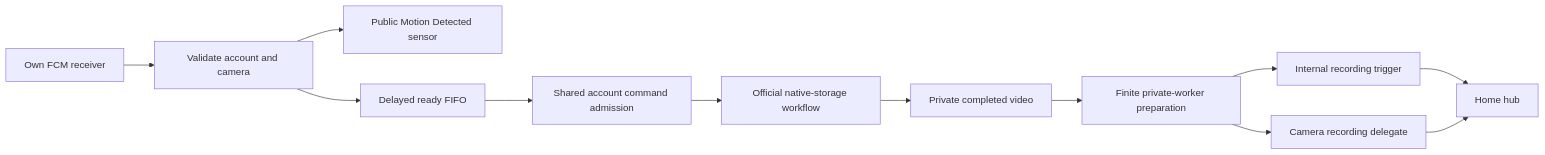
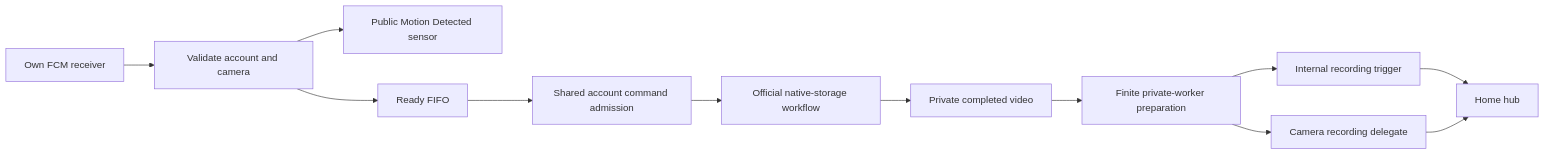
Before and after one commit to sealad886/homebridge-blink-cameras-new-api: the diagram in docs/adr/007-event-driven-native-recording.md, drawn with Mermaid. The commit also changed other lines of this file and 21 other files, not shown here.

````diff
--- a/docs/adr/007-event-driven-native-recording.md
+++ b/docs/adr/007-event-driven-native-recording.md
@@ -49,14 +49,14 @@
 ```mermaid
 flowchart LR
   P[Own FCM receiver] --> V[Validate account and camera]
   V --> M[Public Motion Detected sensor]
-  V --> Q[Delayed ready FIFO]
+  V --> Q[Ready FIFO]
   Q --> C[Shared account command admission]
   C --> B[Official native-storage workflow]
   B --> F[Private completed video]
   F --> W[Finite private-worker preparation]
   W --> R[Internal recording trigger]
   W --> H[Camera recording delegate]
   R --> K[Home hub]
   H --> K
 ```
````
